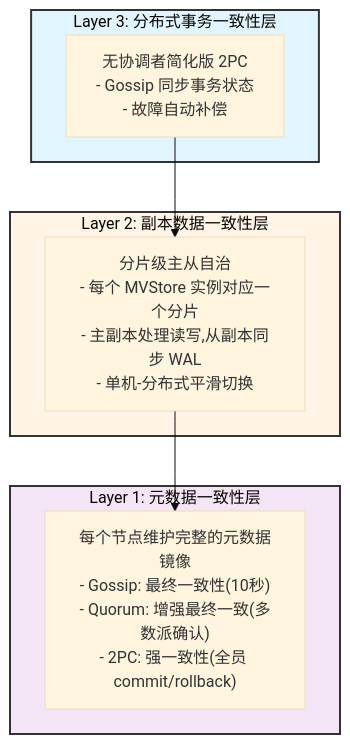
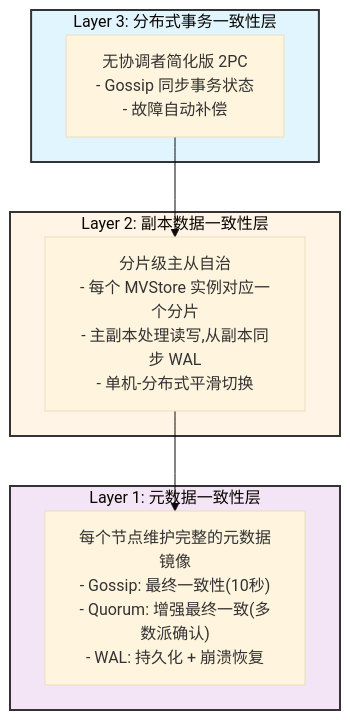
The diagram in README.md (jzhang405/NexKV), drawn with Mermaid (base theme) before and after one commit. The commit also changed other lines of this file, not shown here.

````diff
--- a/README.md
+++ b/README.md
@@ -136,21 +145,21 @@
 ```mermaid
 flowchart TB
     subgraph L3["Layer 3: 分布式事务一致性层"]
         TwoPC["无协调者简化版 2PC<br/>- Gossip 同步事务状态<br/>- 故障自动补偿"]
     end
 
     subgraph L2["Layer 2: 副本数据一致性层"]
         Shard["分片级主从自治<br/>- 每个 MVStore 实例对应一个分片<br/>- 主副本处理读写,从副本同步 WAL<br/>- 单机-分布式平滑切换"]
     end
 
     subgraph L1["Layer 1: 元数据一致性层"]
-        Meta["每个节点维护完整的元数据镜像<br/>- Gossip: 最终一致性(10秒)<br/>- Quorum: 增强最终一致(多数派确认)<br/>- 2PC: 强一致性(全员 commit/rollback)"]
+        Meta["每个节点维护完整的元数据镜像<br/>- Gossip: 最终一致性(10秒)<br/>- Quorum: 增强最终一致(多数派确认)<br/>- WAL: 持久化 + 崩溃恢复"]
     end
 
     TwoPC --> Shard
     Shard --> Meta
 
     style L3 fill:#e1f5ff,stroke:#333,stroke-width:2px
     style L2 fill:#fff4e6,stroke:#333,stroke-width:2px
     style L1 fill:#f3e5f5,stroke:#333,stroke-width:2px
 ```
````
